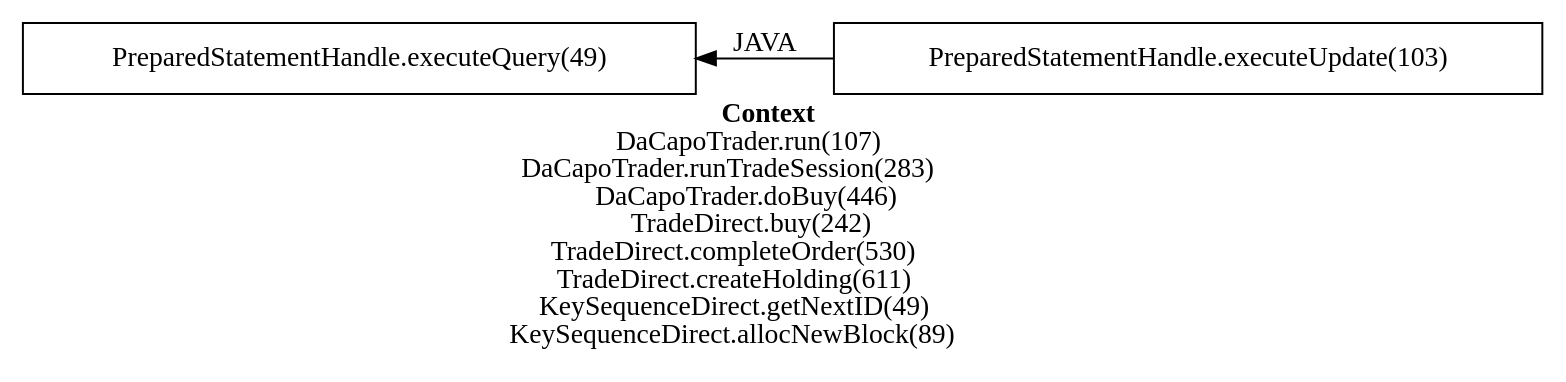
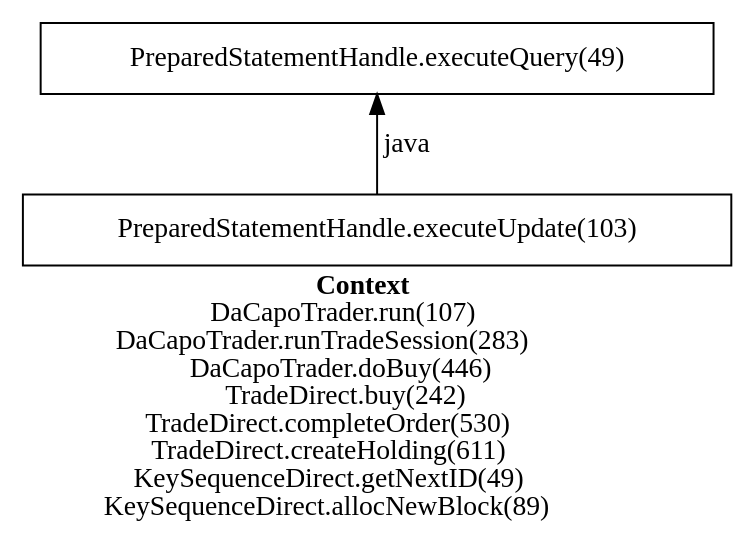
Before and after one commit to jtamayo/pepe: the diagram in pepe/results2/5.gv, drawn with Graphviz. The commit also changed 181 other files, not shown here.

```diff
--- a/pepe/results2/5.gv
+++ b/pepe/results2/5.gv
@@ -1,6 +1,6 @@
-digraph 515060127 { 
-label=<<font face="Times-Bold">Context</font><br/>DaCapoTrader.run(107)<br/>DaCapoTrader.runTradeSession(283)<br/>DaCapoTrader.doBuy(446)<br/>TradeDirect.buy(242)<br/>TradeDirect.completeOrder(530)<br/>TradeDirect.createHolding(611)<br/>KeySequenceDirect.getNextID(49)<br/>KeySequenceDirect.allocNewBlock(89)>;rankdir=RL;
+digraph 184766585 { 
+label=<<font face="Times-Bold">Context</font><br/>DaCapoTrader.run(107)<br/>DaCapoTrader.runTradeSession(283)<br/>DaCapoTrader.doBuy(446)<br/>TradeDirect.buy(242)<br/>TradeDirect.completeOrder(530)<br/>TradeDirect.createHolding(611)<br/>KeySequenceDirect.getNextID(49)<br/>KeySequenceDirect.allocNewBlock(89)>;rankdir=BT;
 1 [label="PreparedStatementHandle.executeUpdate(103)\n", shape=box];
 2 [label="PreparedStatementHandle.executeQuery(49)\n", shape=box];
-1 -> 2 [label="JAVA"];
+1 -> 2 [label="java" color=black];
 }
```
